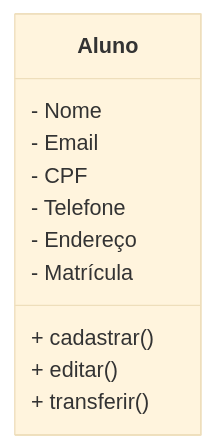
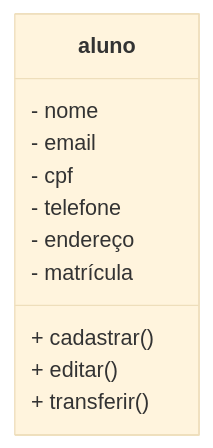
Before and after one commit to jaomrd27-art/universidade: the second of 2 diagrams in readme.md, drawn with Mermaid (base theme). The commit also changed other lines of this file, not shown here.

Commit message:
ajuste de documentacao

````diff
--- a/readme.md
+++ b/readme.md
@@ -20,14 +20,14 @@
 ```mermaid
 classDiagram
-    class Aluno{
-        - Nome 
-        - Email
-        - CPF
-        - Telefone
-        - Endereço 
-        - Matrícula 
+    class aluno{
+        - nome 
+        - email
+        - cpf
+        - telefone
+        - endereço 
+        - matrícula 
         + cadastrar()
         + editar()
         + transferir()    
     }
 ```
````
